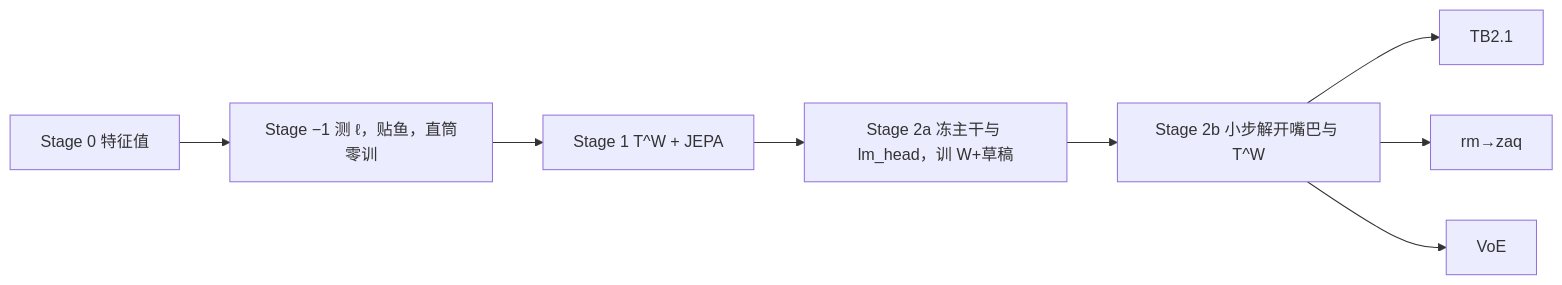
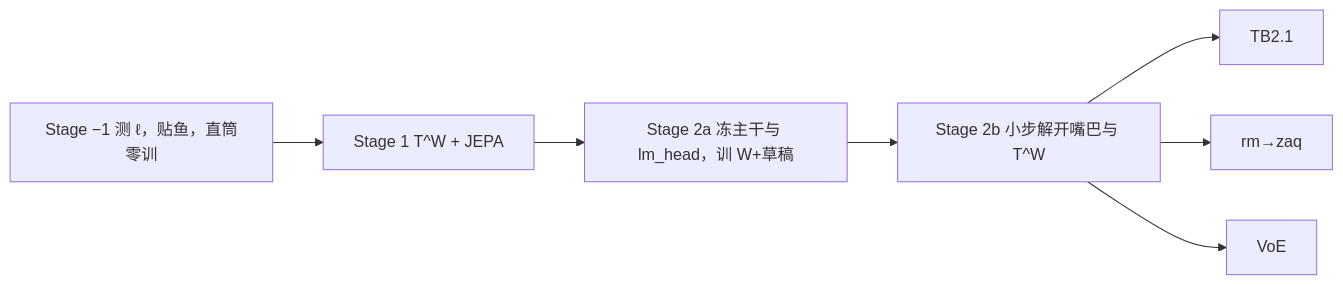
The second of 2 diagrams in AGENTS.md (MegaGimen/BIV), drawn with Mermaid before and after one commit. The commit also changed other lines of this file and 1 other file, not shown here.

First line of the commit message:
Drop Stage 0 as a training gate: Grazzi/Merrill conditions do not hold here.

````diff
--- a/AGENTS.md
+++ b/AGENTS.md
@@ -240,11 +238,10 @@
 ```mermaid
 flowchart LR
-    S0["Stage 0 特征值"]
-    S0 --> SM["Stage −1 测 ℓ，贴鱼，直筒零训"]
+    SM["Stage −1 测 ℓ，贴鱼，直筒零训"]
     SM --> S1["Stage 1 T^W + JEPA"]
     S1 --> S2A["Stage 2a 冻主干与 lm_head，训 W+草稿"]
     S2A --> S2B["Stage 2b 小步解开嘴巴与 T^W"]
     S2B --> E1["TB2.1"]
     S2B --> E2["rm→zaq"]
     S2B --> E3["VoE"]
 ```
````
